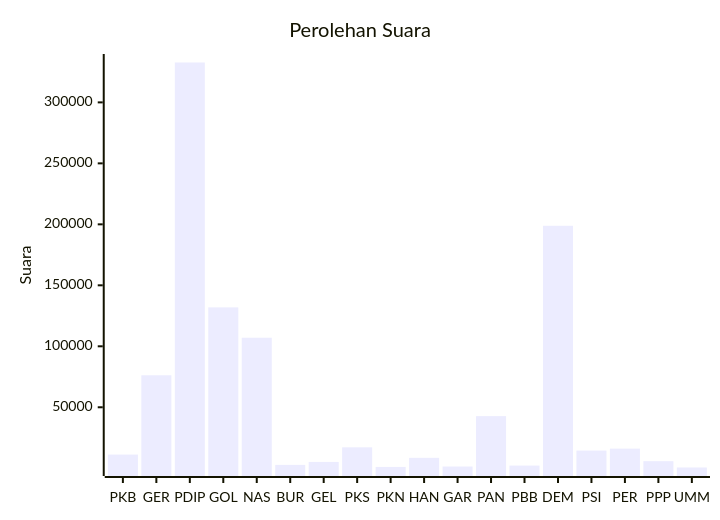
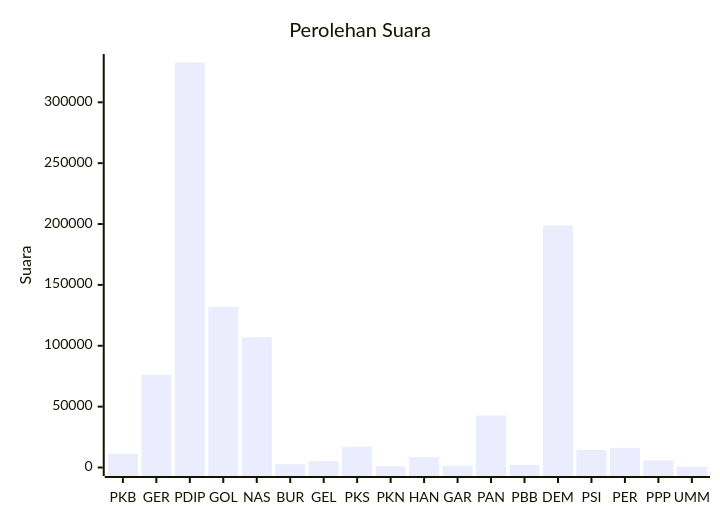
One commit to gigit-pemilu/pemilu-2024 changed the diagram in pileg-dpr/hitung-suara/sub/table-wilayah-71.md. Above: the diagram before and after it, drawn with Mermaid. The commit also changed 57 other files, not shown here.

````diff
--- a/pileg-dpr/hitung-suara/sub/table-wilayah-71.md
+++ b/pileg-dpr/hitung-suara/sub/table-wilayah-71.md
@@ -7,7 +7,7 @@
 ```mermaid
 xychart-beta
     title "Perolehan Suara"
     x-axis [PKB, GER, PDIP, GOL, NAS, BUR, GEL, PKS, PKN, HAN, GAR, PAN, PBB, DEM, PSI, PER, PPP, UMM]
-    y-axis "Suara"
+    y-axis "Suara" 0 --> 332697
     bar [11234, 76244, 332697, 131911, 107030, 2769, 5174, 17144, 1102, 8543, 1407, 42735, 2181, 198832, 14482, 16106, 5821, 621]
 ```
````
